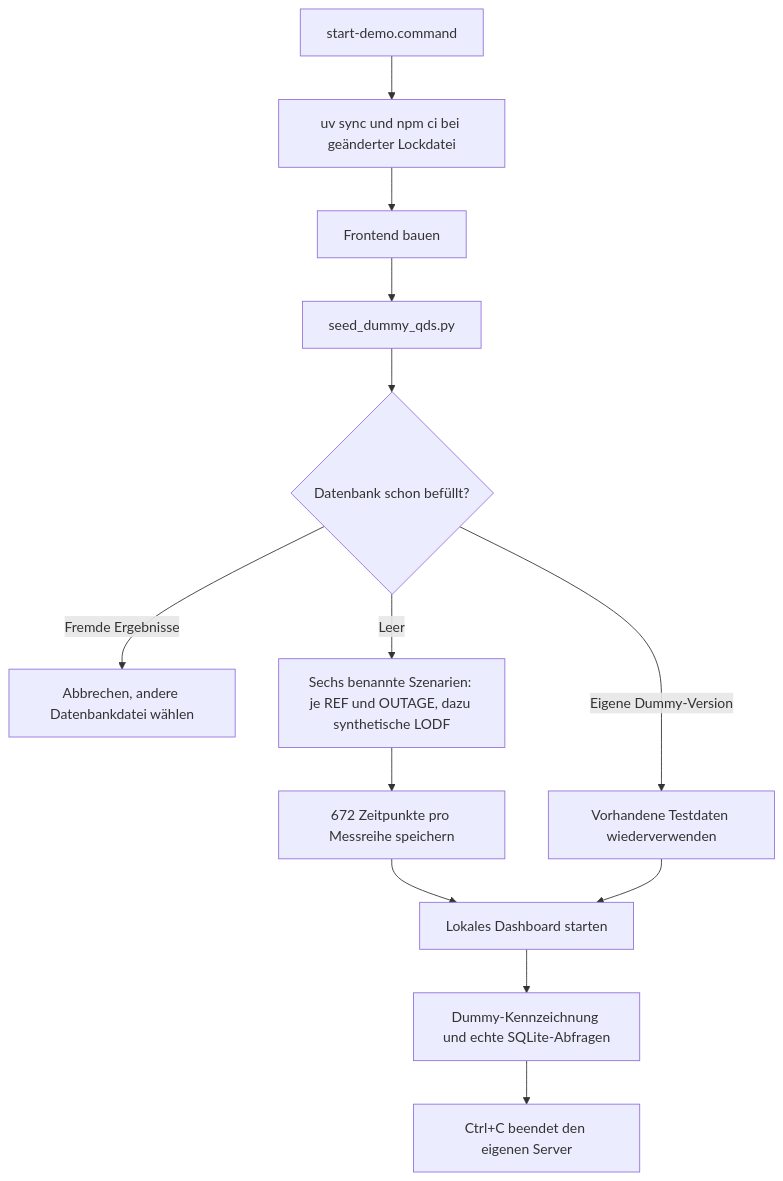
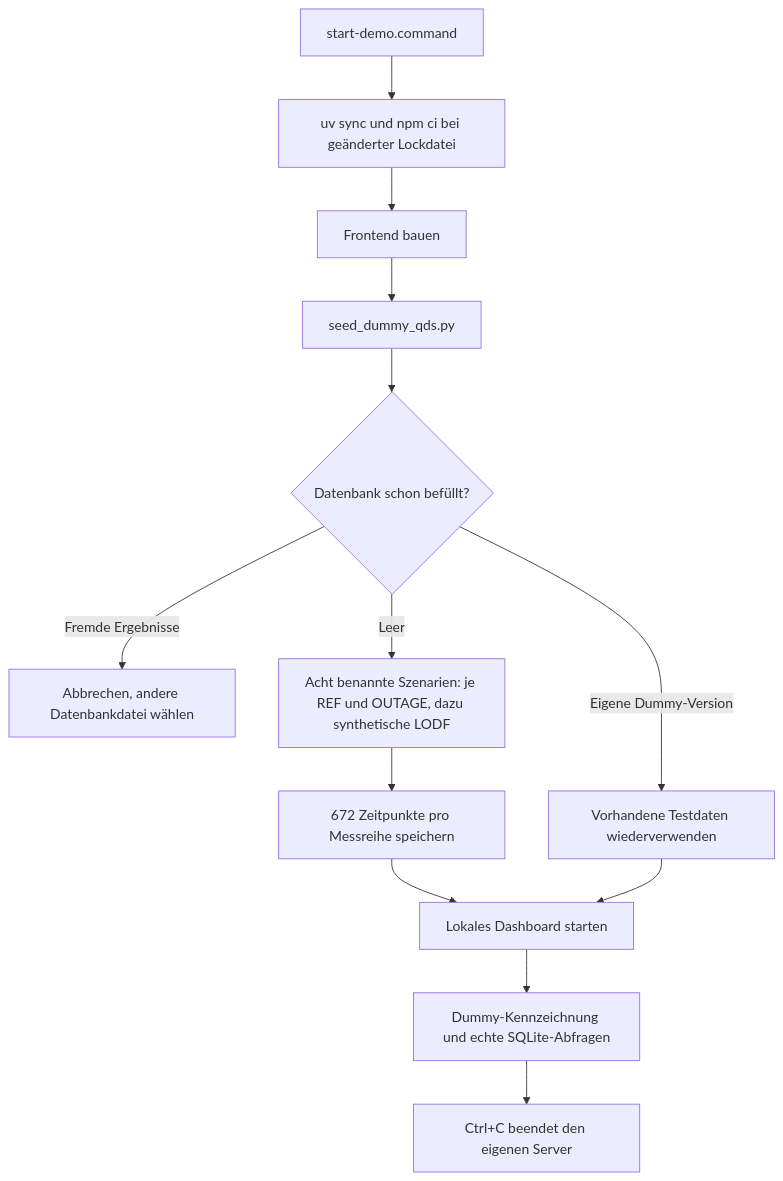
The tenth of 11 diagrams in BIG_PICTURE.md (hadiibrahim-Engin/nahriva-grid-analysis), drawn with Mermaid before and after one commit. The commit also changed other lines of this file and 49 other files, not shown here.

````diff
--- a/BIG_PICTURE.md
+++ b/BIG_PICTURE.md
@@ -278,15 +358,15 @@
 ```mermaid
 flowchart TD
     Command[start-demo.command] --> Setup[uv sync und npm ci bei geänderter Lockdatei]
     Setup --> Build[Frontend bauen]
     Build --> Seed[seed_dummy_qds.py]
     Seed --> Exists{Datenbank schon befüllt?}
     Exists -->|Eigene Dummy-Version| Reuse[Vorhandene Testdaten wiederverwenden]
     Exists -->|Fremde Ergebnisse| Abort[Abbrechen, andere Datenbankdatei wählen]
-    Exists -->|Leer| Generate[Sechs benannte Szenarien: je REF und OUTAGE, dazu synthetische LODF]
+    Exists -->|Leer| Generate[Acht benannte Szenarien: je REF und OUTAGE, dazu synthetische LODF]
     Generate --> Store[672 Zeitpunkte pro Messreihe speichern]
     Store --> Launch[Lokales Dashboard starten]
     Reuse --> Launch
     Launch --> Browser[Dummy-Kennzeichnung und echte SQLite-Abfragen]
     Browser --> Stop[Ctrl+C beendet den eigenen Server]
 ```
````
